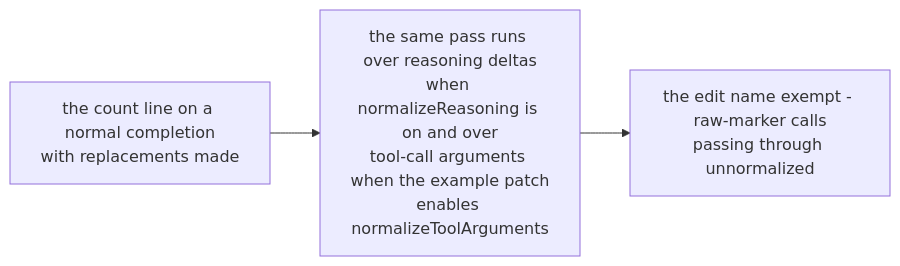
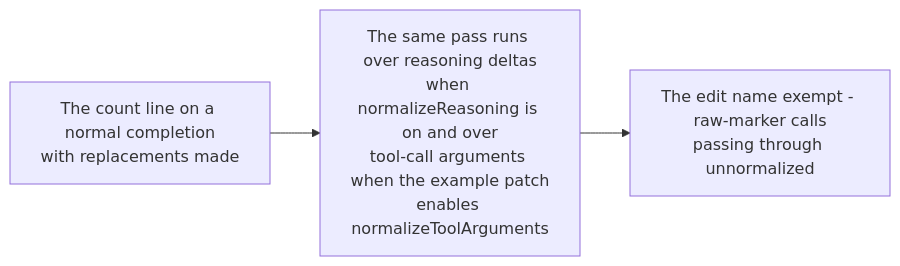
Before and after one commit to PlayForm/Site-DeepSeek: the diagram in Source/Content/Mermaid/fullwidth-pass-coverage.mmd, drawn with Mermaid. The commit also changed 141 other files, not shown here.

```diff
--- a/Source/Content/Mermaid/fullwidth-pass-coverage.mmd
+++ b/Source/Content/Mermaid/fullwidth-pass-coverage.mmd
@@ -1,5 +1,5 @@
 flowchart LR
-	COUNT["the count line on a normal completion<br/>with replacements made"]
-	PASS["the same pass runs over reasoning deltas<br/>when normalizeReasoning is on and over<br/>tool-call arguments when the example patch<br/>enables normalizeToolArguments"]
-	EXEMPT["the edit name exempt - raw-marker calls<br/>passing through unnormalized"]
+	COUNT["The count line on a normal completion<br/>with replacements made"]
+	PASS["The same pass runs over reasoning deltas<br/>when normalizeReasoning is on and over<br/>tool-call arguments when the example patch<br/>enables normalizeToolArguments"]
+	EXEMPT["The edit name exempt - raw-marker calls<br/>passing through unnormalized"]
 	COUNT --> PASS --> EXEMPT
```
